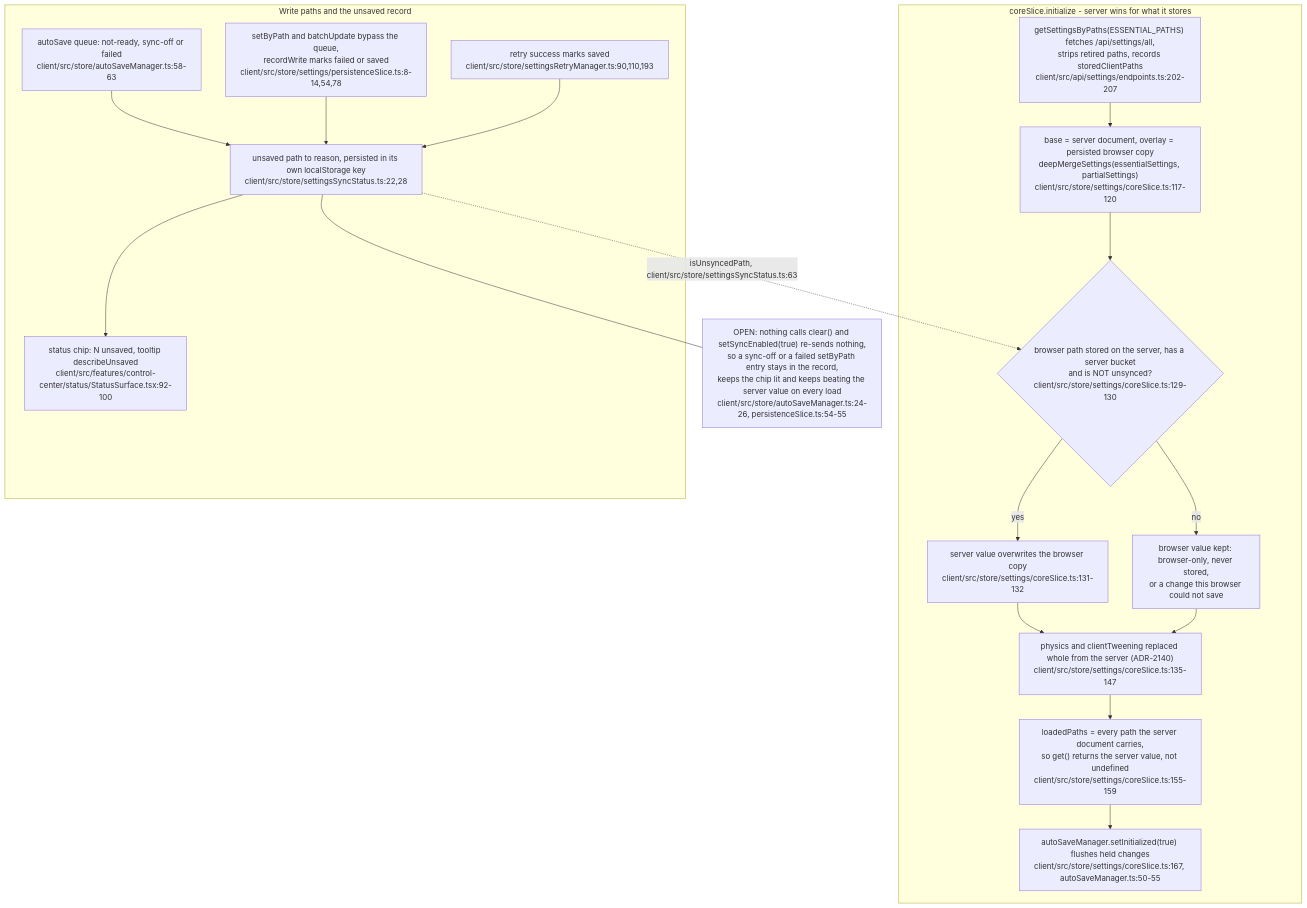
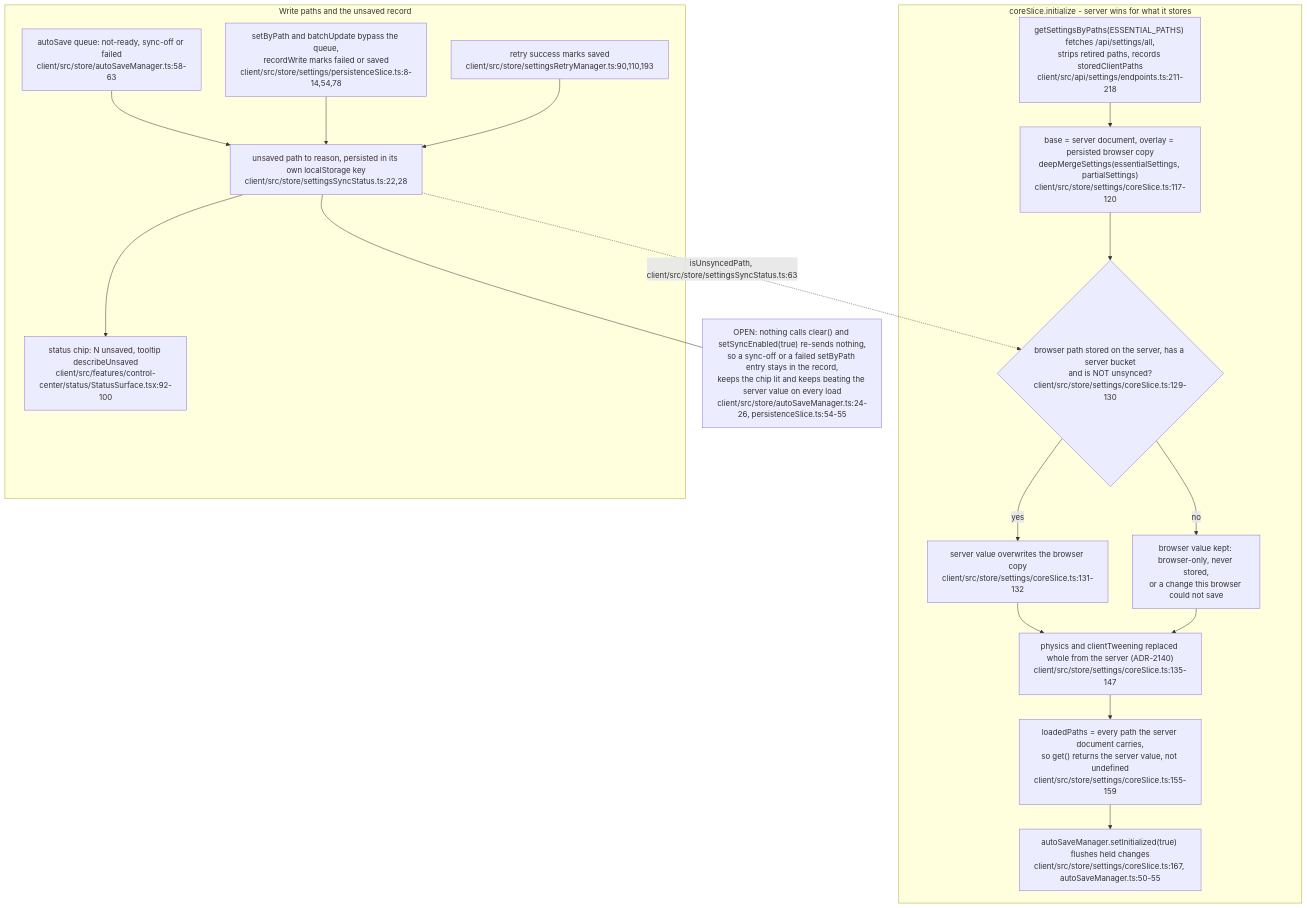
Before and after one commit to DreamLab-AI/VisionFlow: diagram 13 of 13 in docs/diagrams/visionclaw/30-client-boot-and-state.md, drawn with Mermaid. The commit also changed other lines of this file and 7 other files, not shown here.

First line of the commit message:
diagrams(visionclaw): re-verify VC-25..28 and VC-30..33 at visionclaw 4900ec60b, agentbox 59b1aca1c

````diff
--- a/docs/diagrams/visionclaw/30-client-boot-and-state.md
+++ b/docs/diagrams/visionclaw/30-client-boot-and-state.md
@@ -876,31 +879,31 @@
 ```mermaid
 flowchart TB
     subgraph Load["coreSlice.initialize - server wins for what it stores"]
-        GET["getSettingsByPaths(ESSENTIAL_PATHS) fetches /api/settings/all,<br/>strips retired paths, records storedClientPaths<br/>client/src/api/settings/endpoints.ts:202-207"]
+        GET["getSettingsByPaths(ESSENTIAL_PATHS) fetches /api/settings/all,<br/>strips retired paths, records storedClientPaths<br/>client/src/api/settings/endpoints.ts:211-218"]
         Base["base = server document, overlay = persisted browser copy<br/>deepMergeSettings(essentialSettings, partialSettings)<br/>client/src/store/settings/coreSlice.ts:117-120"]
         Win{"browser path stored on the server, has a server bucket<br/>and is NOT unsynced?<br/>client/src/store/settings/coreSlice.ts:129-130"}
         SrvVal["server value overwrites the browser copy<br/>client/src/store/settings/coreSlice.ts:131-132"]
         Keep["browser value kept: browser-only, never stored,<br/>or a change this browser could not save"]
         Phys["physics and clientTweening replaced whole from the server (ADR-2140)<br/>client/src/store/settings/coreSlice.ts:135-147"]
         Loaded["loadedPaths = every path the server document carries,<br/>so get() returns the server value, not undefined<br/>client/src/store/settings/coreSlice.ts:155-159"]
         Ready["autoSaveManager.setInitialized(true) flushes held changes<br/>client/src/store/settings/coreSlice.ts:167, autoSaveManager.ts:50-55"]
         GET --> Base --> Win
         Win -->|yes| SrvVal --> Phys
         Win -->|no| Keep --> Phys
         Phys --> Loaded --> Ready
     end
     subgraph Write["Write paths and the unsaved record"]
         Auto["autoSave queue: not-ready, sync-off or failed<br/>client/src/store/autoSaveManager.ts:58-63"]
         Direct["setByPath and batchUpdate bypass the queue,<br/>recordWrite marks failed or saved<br/>client/src/store/settings/persistenceSlice.ts:8-14,54,78"]
         Retry["retry success marks saved<br/>client/src/store/settingsRetryManager.ts:90,110,193"]
         Rec["unsaved path to reason, persisted in its own localStorage key<br/>client/src/store/settingsSyncStatus.ts:22,28"]
         Chip["status chip: N unsaved, tooltip describeUnsaved<br/>client/src/features/control-center/status/StatusSurface.tsx:92-100"]
         Auto --> Rec
         Direct --> Rec
         Retry --> Rec
         Rec --> Chip
     end
     Rec -.->|"isUnsyncedPath, client/src/store/settingsSyncStatus.ts:63"| Win
     Note1["OPEN: nothing calls clear() and setSyncEnabled(true) re-sends nothing,<br/>so a sync-off or a failed setByPath entry stays in the record,<br/>keeps the chip lit and keeps beating the server value on every load<br/>client/src/store/autoSaveManager.ts:24-26, persistenceSlice.ts:54-55"]
     Rec --- Note1
 ```
````
